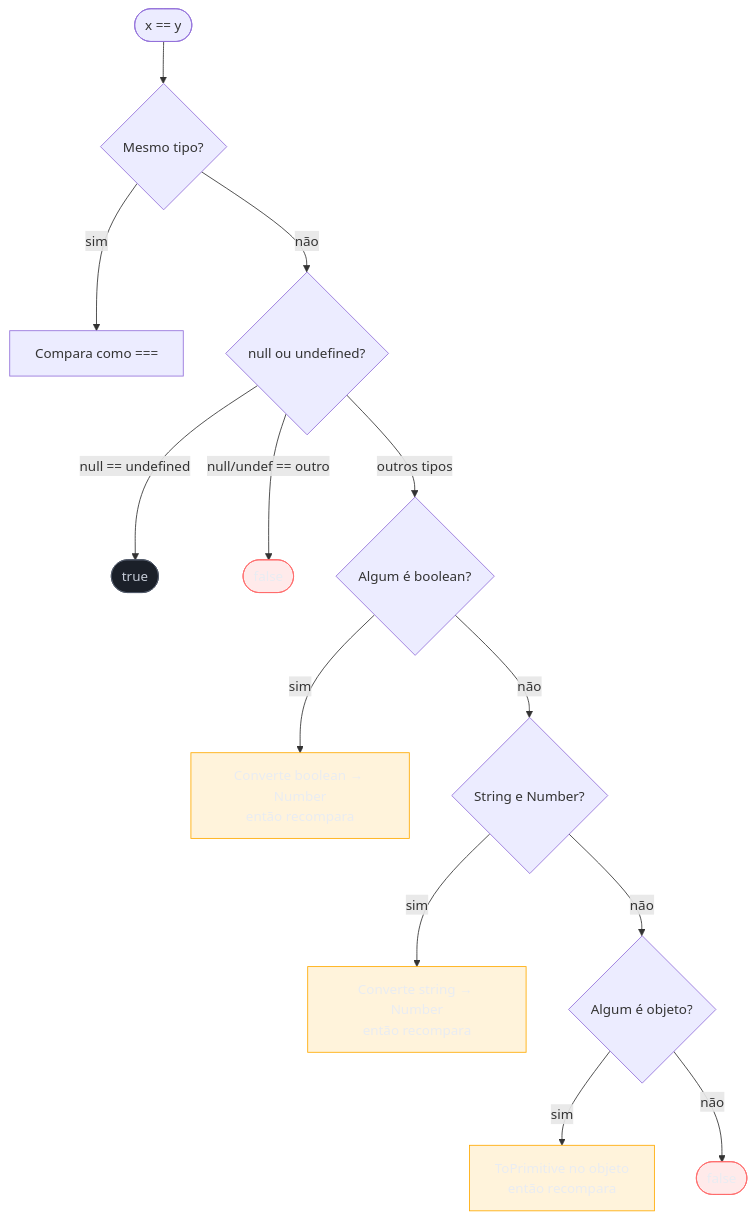
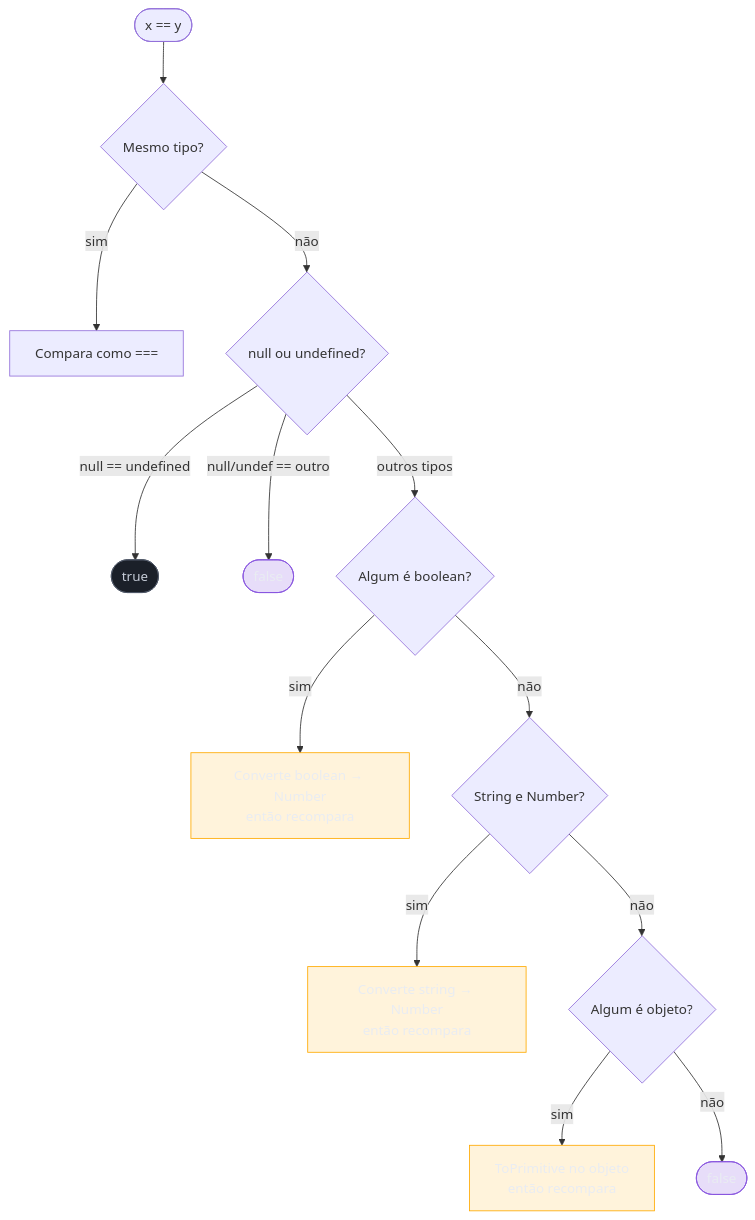
One commit to josenaldo/codex-technomanticus changed the diagram in 03-Dominios/Tecnologia/JavaScript/03 - Coerção e igualdade.md. Above: the diagram before and after it, drawn with Mermaid. The commit also changed 601 other files, not shown here.

````diff
--- a/03-Dominios/Tecnologia/JavaScript/03 - Coerção e igualdade.md
+++ b/03-Dominios/Tecnologia/JavaScript/03 - Coerção e igualdade.md
@@ -182,25 +182,25 @@
 ```mermaid
 flowchart TD
+    classDef marca fill:#8855DF33,stroke:#8855DF,color:#E9ECF2
     classDef neutro fill:#1B2029,stroke:#4E5666,color:#C6CCD8
-    classDef falha fill:#FF6B6B24,stroke:#FF6B6B,color:#E9ECF2
     classDef destaque fill:#FFAA0024,stroke:#FFAA00,color:#E9ECF2
     START([x == y]) --> SAMETYPE{Mesmo tipo?}
     SAMETYPE -->|sim| STRICT[Compara como ===]
     SAMETYPE -->|não| NULLCHECK{null ou undefined?}
     NULLCHECK -->|null == undefined| TRUE([true])
     NULLCHECK -->|null/undef == outro| FALSE([false])
     NULLCHECK -->|outros tipos| BOOLCHECK{Algum é boolean?}
     BOOLCHECK -->|sim| TONUMBER1[Converte boolean → Number\nentão recompara]
     BOOLCHECK -->|não| STRNUM{String e Number?}
     STRNUM -->|sim| TONUMBER2[Converte string → Number\nentão recompara]
     STRNUM -->|não| OBJCHECK{Algum é objeto?}
     OBJCHECK -->|sim| TOPRIM[ToPrimitive no objeto\nentão recompara]
     OBJCHECK -->|não| FALSE2([false])
 
     class TRUE neutro
-    class FALSE falha
-    class FALSE2 falha
+    class FALSE marca
+    class FALSE2 marca
     class TONUMBER1 destaque
     class TONUMBER2 destaque
     class TOPRIM destaque
 ```
````
